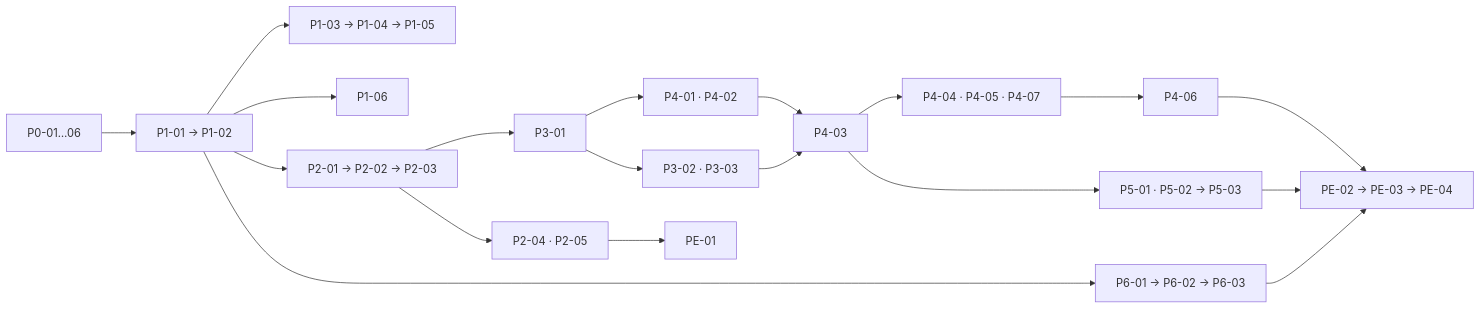
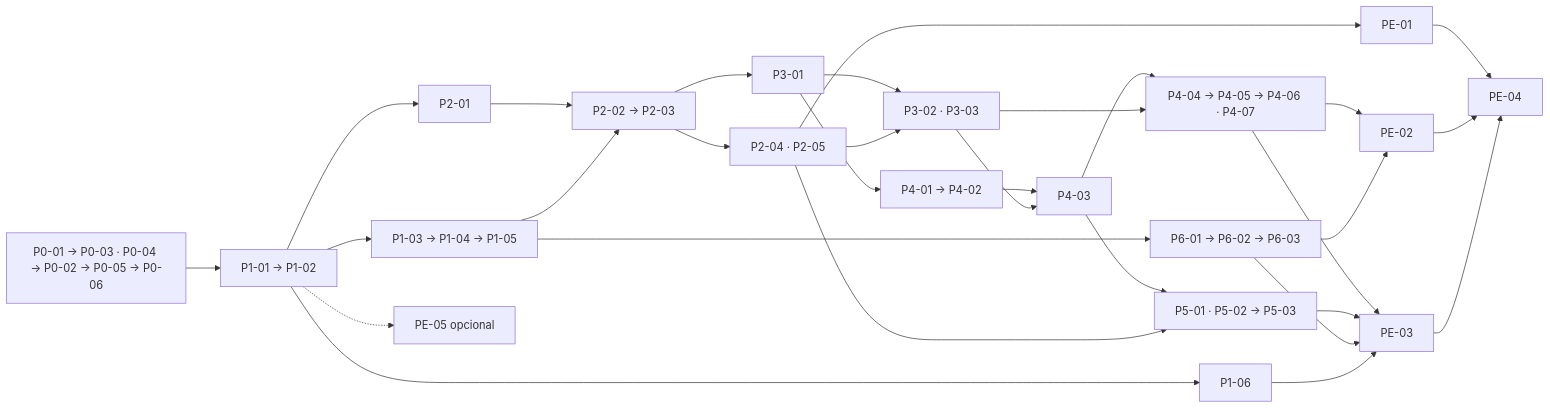
One commit to JuliaanCZ/Proyecto-Turismo-Comunitario changed the diagram in docs/planificacion/10-fases-y-paquetes-implementables.md. Above: the diagram before and after it, drawn with Mermaid. The commit also changed other lines of this file and 4 other files, not shown here.

````diff
--- a/docs/planificacion/10-fases-y-paquetes-implementables.md
+++ b/docs/planificacion/10-fases-y-paquetes-implementables.md
@@ -134,21 +138,32 @@
 ```mermaid
 flowchart LR
-  P0[P0-01…06] --> P1a[P1-01 → P1-02]
-  P1a --> P1b[P1-03 → P1-04 → P1-05]
-  P1a --> P1c[P1-06]
-  P1a --> P2[P2-01 → P2-02 → P2-03]
-  P2 --> P2b[P2-04 · P2-05]
-  P2 --> P3[P3-01]
-  P3 --> P3b[P3-02 · P3-03]
-  P3 --> P4a[P4-01 · P4-02]
-  P4a --> P4b[P4-03]
-  P3b --> P4b
-  P4b --> P4c[P4-04 · P4-05 · P4-07]
-  P4c --> P4d[P4-06]
-  P4b --> P5[P5-01 · P5-02 → P5-03]
-  P1a --> P6[P6-01 → P6-02 → P6-03]
+  P0[P0-01 → P0-03 · P0-04 → P0-02 → P0-05 → P0-06] --> P11[P1-01 → P1-02]
+  P11 --> P1b[P1-03 → P1-04 → P1-05]
+  P11 --> P16[P1-06]
+  P11 --> P21[P2-01]
+  P21 --> P22[P2-02 → P2-03]
+  P1b --> P22
+  P22 --> P2b[P2-04 · P2-05]
+  P22 --> P31[P3-01]
+  P31 --> P3b[P3-02 · P3-03]
+  P2b --> P3b
+  P31 --> P4a[P4-01 → P4-02]
+  P4a --> P43[P4-03]
+  P3b --> P43
+  P43 --> P4c[P4-04 → P4-05 → P4-06 · P4-07]
+  P3b --> P4c
+  P43 --> P5[P5-01 · P5-02 → P5-03]
+  P2b --> P5
+  P1b --> P6[P6-01 → P6-02 → P6-03]
   P2b --> PE1[PE-01]
-  P4d --> PE[PE-02 → PE-03 → PE-04]
-  P5 --> PE
-  P6 --> PE
+  P4c --> PE2[PE-02]
+  P6 --> PE2
+  P4c --> PE3[PE-03]
+  P5 --> PE3
+  P6 --> PE3
+  P16 --> PE3
+  PE1 --> PE4[PE-04]
+  PE2 --> PE4
+  PE3 --> PE4
+  P11 -.-> PE5[PE-05 opcional]
 ```
````
